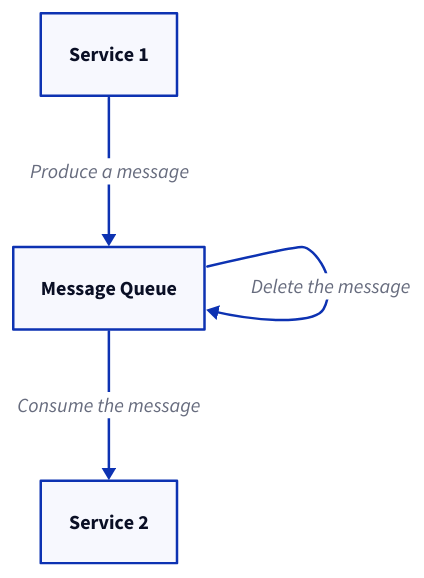
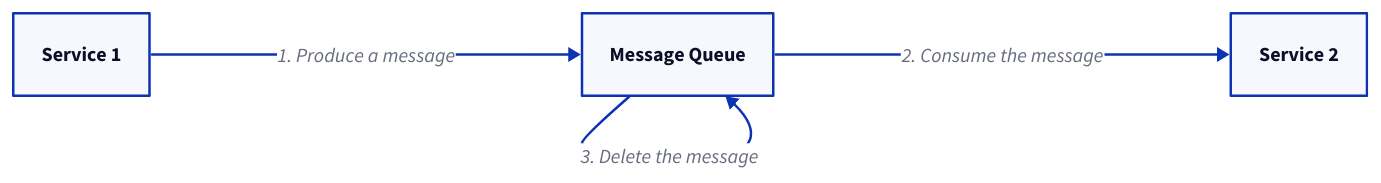
One commit to link1905/system-design-101 changed the fourth of 30 diagrams in content/docs/data-persistence/event-streaming-platform.md. Above: the diagram before and after it, drawn with D2. The commit also changed other lines of this file and 7 other files, not shown here.

````diff
--- a/content/docs/data-persistence/event-streaming-platform.md
+++ b/content/docs/data-persistence/event-streaming-platform.md
@@ -97,14 +95,15 @@
 ```d2
+direction: right
 s1: Service 1 {
     class: server
 }
 m: Message Queue {
     class: mq
 }
 s2: Service 2 {
     class: server
 }
-s1 -> m: Produce a message
-s2 <- m: Consume the message
-m -> m: Delete the message 
+s1 -> m: 1. Produce a message
+s2 <- m: 2. Consume the message
+m -> m: 3. Delete the message
 ```
````
